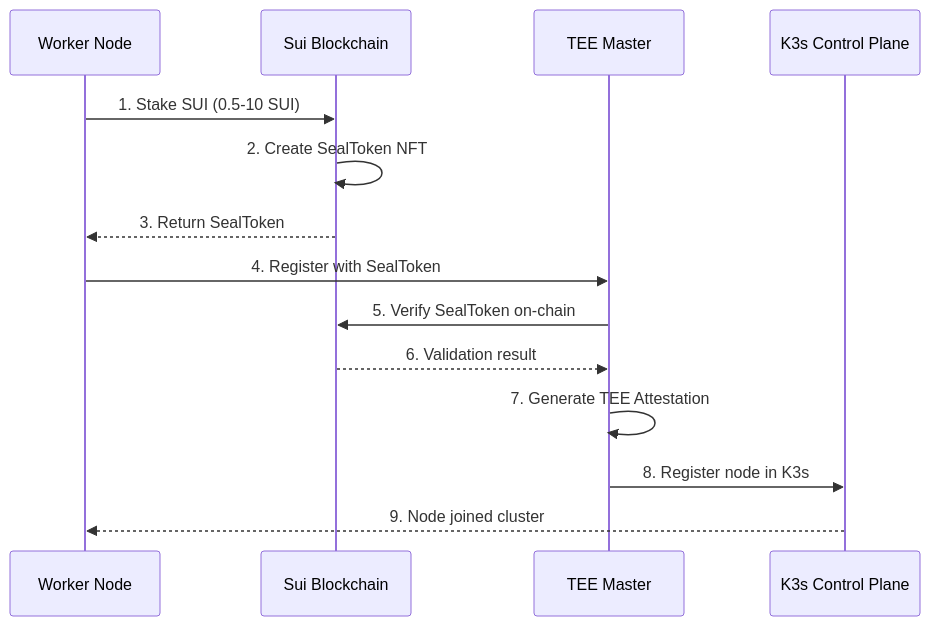
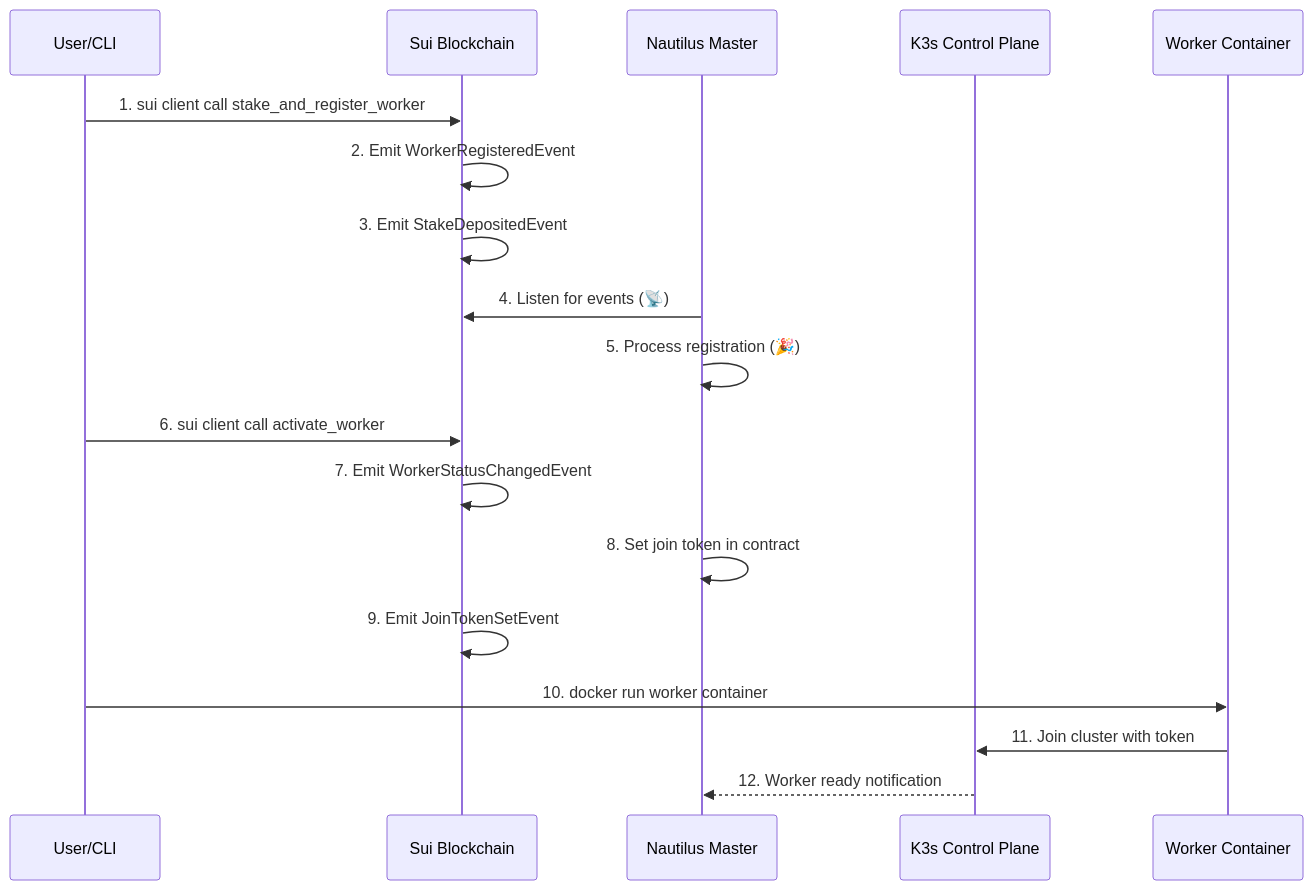
Before and after one commit to DAAS-Vader/kube-contract: the diagram in K3S_DAAS_COMPLETE_TECHNICAL_DOCUMENTATION.md, drawn with Mermaid. The commit also changed other lines of this file, not shown here.

````diff
--- a/K3S_DAAS_COMPLETE_TECHNICAL_DOCUMENTATION.md
+++ b/K3S_DAAS_COMPLETE_TECHNICAL_DOCUMENTATION.md
@@ -219,17 +248,21 @@
 ```mermaid
 sequenceDiagram
-    participant W as Worker Node
+    participant U as User/CLI
     participant B as Sui Blockchain
-    participant T as TEE Master
+    participant N as Nautilus Master
     participant K as K3s Control Plane
-    
-    W->>B: 1. Stake SUI (0.5-10 SUI)
-    B->>B: 2. Create SealToken NFT
-    B-->>W: 3. Return SealToken
-    W->>T: 4. Register with SealToken
-    T->>B: 5. Verify SealToken on-chain
-    B-->>T: 6. Validation result
-    T->>T: 7. Generate TEE Attestation
-    T->>K: 8. Register node in K3s
-    K-->>W: 9. Node joined cluster
+    participant W as Worker Container
+
+    U->>B: 1. sui client call stake_and_register_worker
+    B->>B: 2. Emit WorkerRegisteredEvent
+    B->>B: 3. Emit StakeDepositedEvent
+    N->>B: 4. Listen for events (📡)
+    N->>N: 5. Process registration (🎉)
+    U->>B: 6. sui client call activate_worker
+    B->>B: 7. Emit WorkerStatusChangedEvent
+    N->>N: 8. Set join token in contract
+    B->>B: 9. Emit JoinTokenSetEvent
+    U->>W: 10. docker run worker container
+    W->>K: 11. Join cluster with token
+    K-->>N: 12. Worker ready notification
 ```
````
